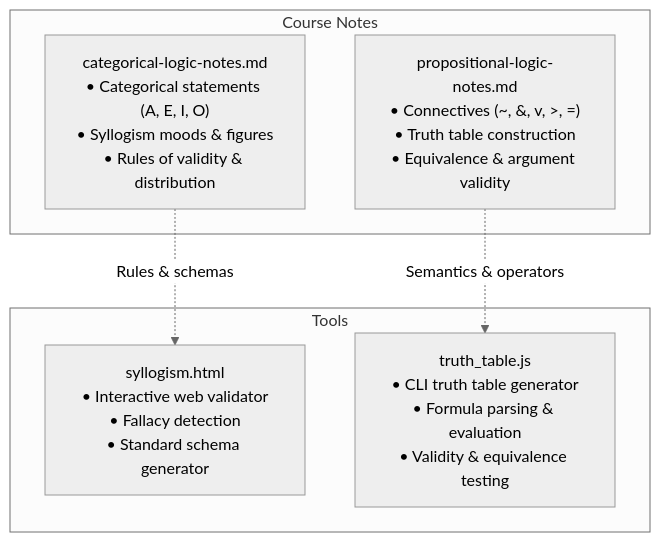
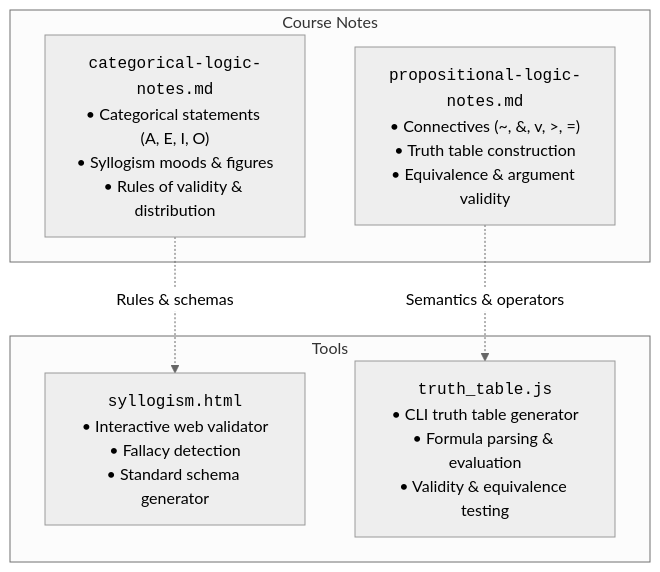
The diagram in README.md (p-Lennart/deductive-logic-course-toolkit), drawn with Mermaid (neutral theme) before and after one commit. The commit also changed other lines of this file, not shown here.

````diff
--- a/README.md
+++ b/README.md
@@ -35,15 +35,15 @@
 ```mermaid
 flowchart TD
     subgraph Notes ["Course Notes"]
-        CLN["categorical-logic-notes.md<br/>• Categorical statements (A, E, I, O)<br/>• Syllogism moods & figures<br/>• Rules of validity & distribution"]
-        PLN["propositional-logic-notes.md<br/>• Connectives (~, &, v, >, =)<br/>• Truth table construction<br/>• Equivalence & argument validity"]
+        CLN["<code>categorical-logic-notes.md</code><br/>• Categorical statements (A, E, I, O)<br/>• Syllogism moods & figures<br/>• Rules of validity & distribution"]
+        PLN["<code>propositional-logic-notes.md</code><br/>• Connectives (~, &, v, >, =)<br/>• Truth table construction<br/>• Equivalence & argument validity"]
     end
 
     subgraph Tools ["Tools"]
-        SYLL["syllogism.html<br/>• Interactive web validator<br/>• Fallacy detection<br/>• Standard schema generator"]
-        TT["truth_table.js<br/>• CLI truth table generator<br/>• Formula parsing & evaluation<br/>• Validity & equivalence testing"]
+        SYLL["<code>syllogism.html</code><br/>• Interactive web validator<br/>• Fallacy detection<br/>• Standard schema generator"]
+        TT["<code>truth_table.js</code><br/>• CLI truth table generator<br/>• Formula parsing & evaluation<br/>• Validity & equivalence testing"]
     end
 
     CLN -.->|Rules & schemas| SYLL
     PLN -.->|Semantics & operators| TT
 ```
````
